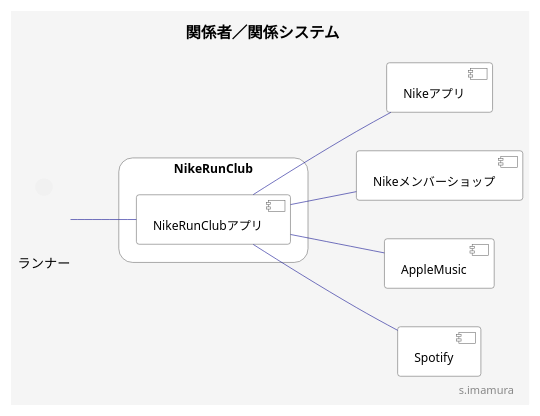
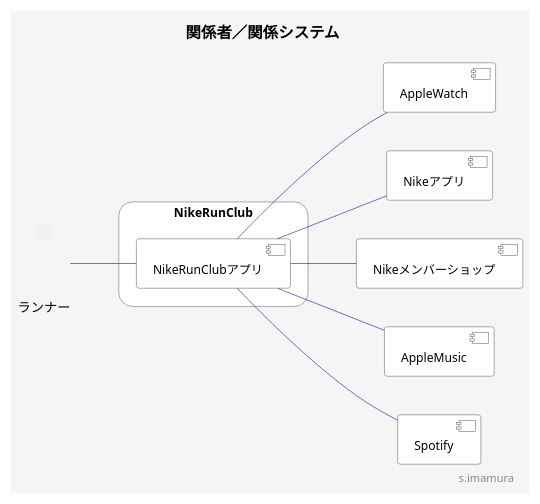
One commit to ShoheiImamura/blog2023 changed the second of 2 diagrams in src/content/blog/2023-02-18-uipocket-modeling-nike-run-club.md. Above: the diagram before and after it, drawn with PlantUML. The commit also changed other lines of this file, not shown here.

```diff
--- a/src/content/blog/2023-02-18-uipocket-modeling-nike-run-club.md
+++ b/src/content/blog/2023-02-18-uipocket-modeling-nike-run-club.md
@@ -336,6 +374,7 @@
 }
 
 ' 外部システム
+component AppleWatch
 component Nikeアプリ
 component Nikeメンバーショップ
 component AppleMusic
@@ -344,6 +383,7 @@
 ' 関係
 ランナー -- NikeRunClubアプリ
 
+NikeRunClubアプリ -- AppleWatch
 NikeRunClubアプリ -- Nikeアプリ
 NikeRunClubアプリ -- Nikeメンバーショップ
 NikeRunClubアプリ -- AppleMusic
```
